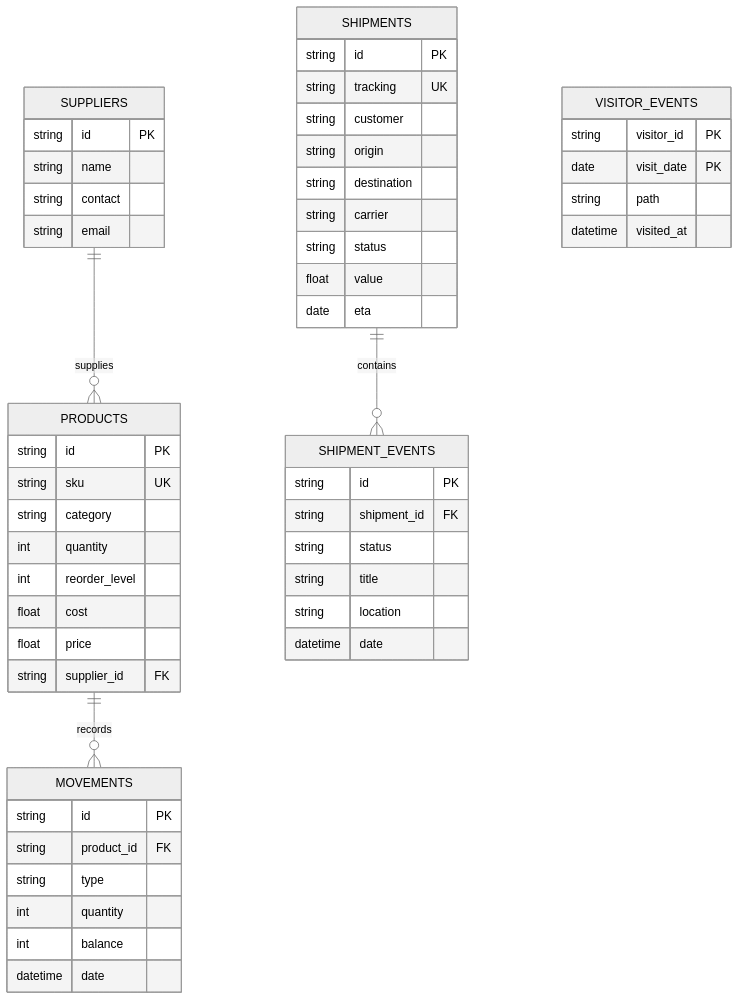
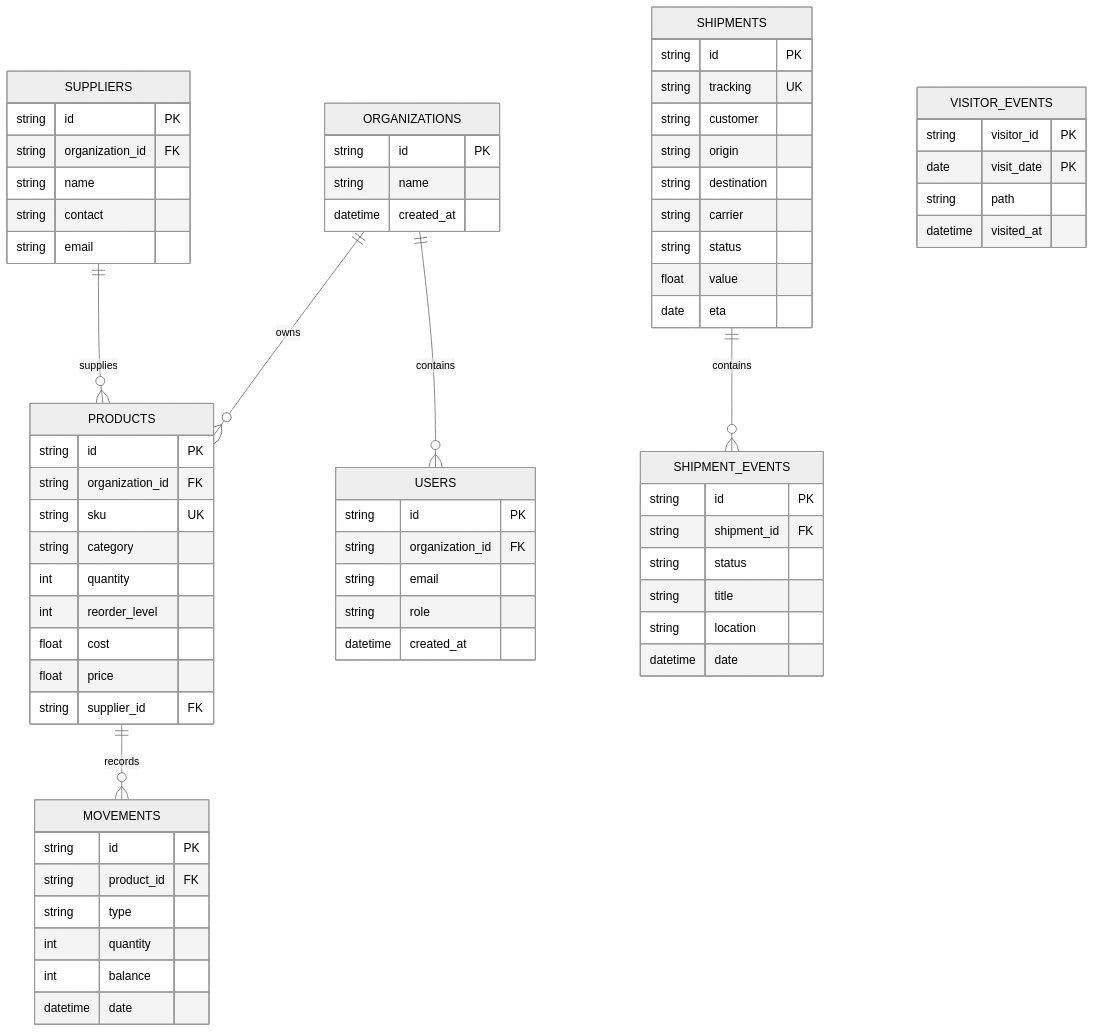
The second of 2 diagrams in docs/ARCHITECTURE.md (sgshiv001/inventrack-inventory-management), drawn with Mermaid (neutral theme) before and after one commit. The commit also changed other lines of this file and 18 other files, not shown here.

````diff
--- a/docs/ARCHITECTURE.md
+++ b/docs/ARCHITECTURE.md
@@ -34,56 +36,72 @@
 ```mermaid
 erDiagram
   SUPPLIERS ||--o{ PRODUCTS : supplies
   PRODUCTS ||--o{ MOVEMENTS : records
   SHIPMENTS ||--o{ SHIPMENT_EVENTS : contains
+  ORGANIZATIONS ||--o{ USERS : contains
+  ORGANIZATIONS ||--o{ PRODUCTS : owns
 
   SUPPLIERS {
     string id PK
+    string organization_id FK
     string name
     string contact
     string email
   }
   PRODUCTS {
     string id PK
+    string organization_id FK
     string sku UK
     string category
     int quantity
     int reorder_level
     float cost
     float price
     string supplier_id FK
   }
   MOVEMENTS {
     string id PK
     string product_id FK
     string type
     int quantity
     int balance
     datetime date
   }
   SHIPMENTS {
     string id PK
     string tracking UK
     string customer
     string origin
     string destination
     string carrier
     string status
     float value
     date eta
   }
   SHIPMENT_EVENTS {
     string id PK
     string shipment_id FK
     string status
     string title
     string location
     datetime date
   }
   VISITOR_EVENTS {
     string visitor_id PK
     date visit_date PK
     string path
     datetime visited_at
   }
+  ORGANIZATIONS {
+    string id PK
+    string name
+    datetime created_at
+  }
+  USERS {
+    string id PK
+    string organization_id FK
+    string email
+    string role
+    datetime created_at
+  }
 ```
````
